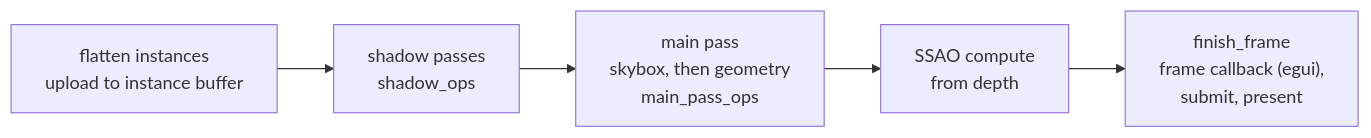
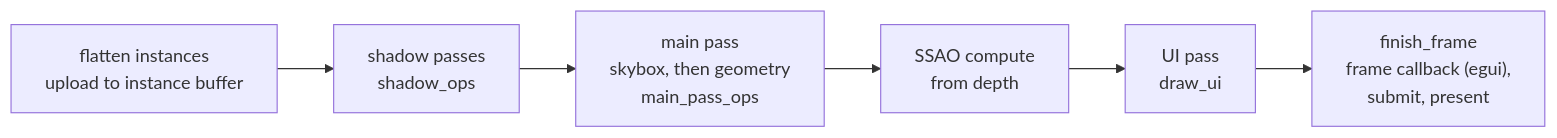
Before and after one commit to WrackedFella/moho: the third of 3 diagrams in wiki/architecture/rendering.md, drawn with Mermaid. The commit also changed other lines of this file and 13 other files, not shown here.

````diff
--- a/wiki/architecture/rendering.md
+++ b/wiki/architecture/rendering.md
@@ -87,7 +88,8 @@
 ```mermaid
 flowchart LR
     A["flatten instances<br/>upload to instance buffer"] --> B["shadow passes<br/>shadow_ops"]
     B --> C["main pass<br/>skybox, then geometry<br/>main_pass_ops"]
     C --> D["SSAO compute<br/>from depth"]
-    D --> E["finish_frame<br/>frame callback (egui),<br/>submit, present"]
+    D --> U["UI pass<br/>draw_ui"]
+    U --> E["finish_frame<br/>frame callback (egui),<br/>submit, present"]
 ```
````
